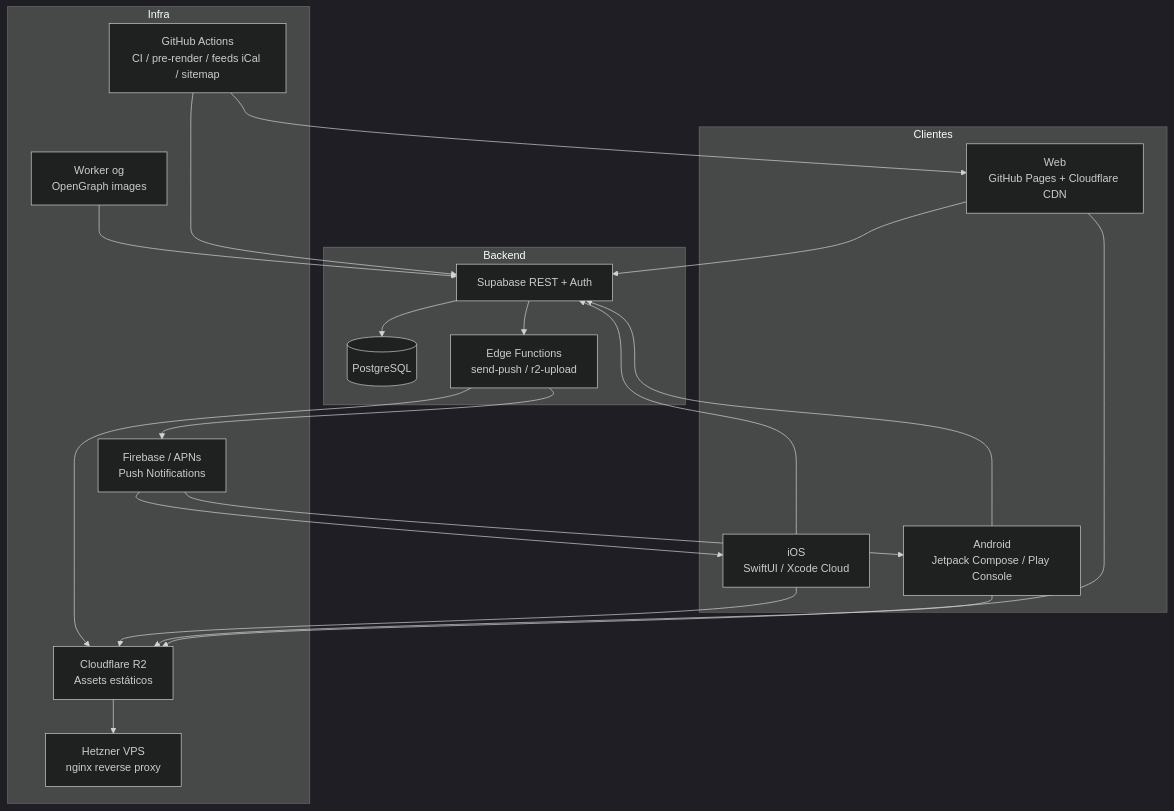
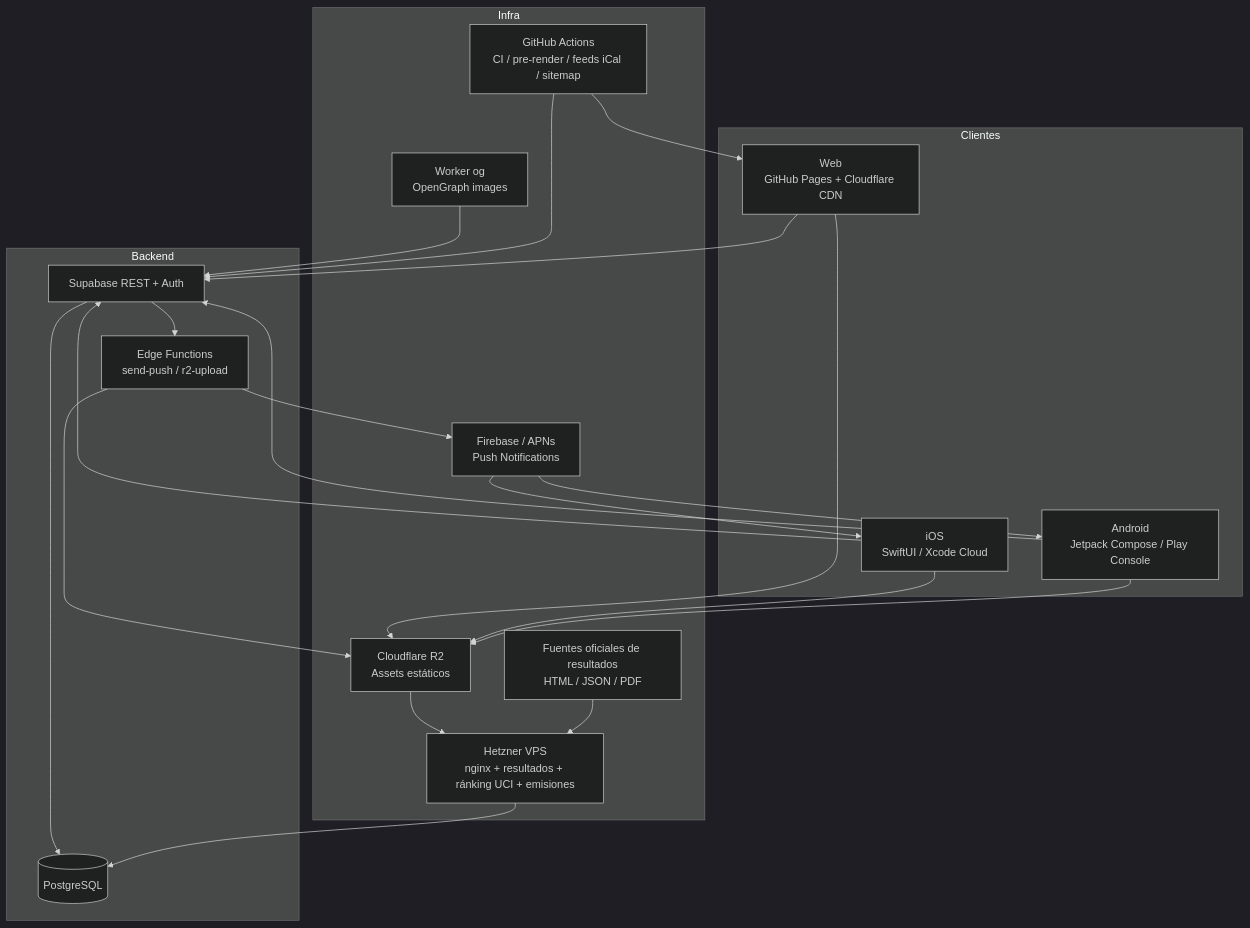
Before and after one commit to DaniBici/CalendarioCiclismo-App: the diagram in docs/ARCHITECTURE.md, drawn with Mermaid (dark theme). The commit also changed other lines of this file and 189 other files, not shown here.

````diff
--- a/docs/ARCHITECTURE.md
+++ b/docs/ARCHITECTURE.md
@@ -5,39 +5,42 @@
 ```mermaid
 graph TB
     subgraph Clientes
         WEB[Web\nGitHub Pages + Cloudflare CDN]
         IOS[iOS\nSwiftUI / Xcode Cloud]
         AND[Android\nJetpack Compose / Play Console]
     end
 
     subgraph Backend
         SB[Supabase REST + Auth]
         DB[(PostgreSQL)]
         EF[Edge Functions\nsend-push / r2-upload]
     end
 
     subgraph Infra
+        RS[Fuentes oficiales de resultados\nHTML / JSON / PDF]
         R2[Cloudflare R2\nAssets estáticos]
-        VPS[Hetzner VPS\nnginx reverse proxy]
+        VPS[Hetzner VPS\nnginx + resultados + ránking UCI + emisiones]
         WK2[Worker og\nOpenGraph images]
         GHA[GitHub Actions\nCI / pre-render / feeds iCal / sitemap]
         FCM[Firebase / APNs\nPush Notifications]
     end
 
     WEB --> SB
     IOS --> SB
     AND --> SB
     SB --> DB
     SB --> EF
     EF --> R2
     WEB --> R2
     IOS --> R2
     AND --> R2
     R2 --> VPS
+    RS --> VPS
+    VPS --> DB
     WK2 --> SB
     GHA --> SB
     GHA --> WEB
     EF --> FCM
     FCM --> IOS
     FCM --> AND
 ```
````
